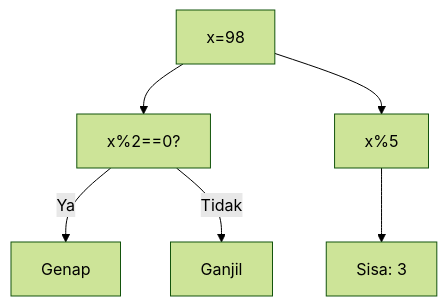
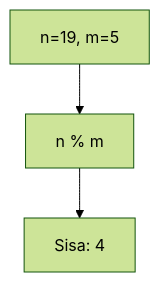
One commit to amnahwaida/OSNK_INF_PREP changed diagram 15 of 25 in part-c-pemahaman-cpp/01-tipe-data/latihan/set-10.md. Above: the diagram before and after it, drawn with Mermaid (forest theme). The commit also changed other lines of this file and 71 other files, not shown here.

````diff
--- a/part-c-pemahaman-cpp/01-tipe-data/latihan/set-10.md
+++ b/part-c-pemahaman-cpp/01-tipe-data/latihan/set-10.md
@@ -465,8 +405,5 @@
 ```mermaid
 graph TD
-A["x=98"] --> B["x%2==0?"]
-B -- Ya --> C["Genap"]
-B -- Tidak --> D["Ganjil"]
-A --> E["x%5"]
-E --> F["Sisa: 3"]
+A["n=19, m=5"] --> B["n % m"]
+B --> C["Sisa: 4"]
 ```
````
